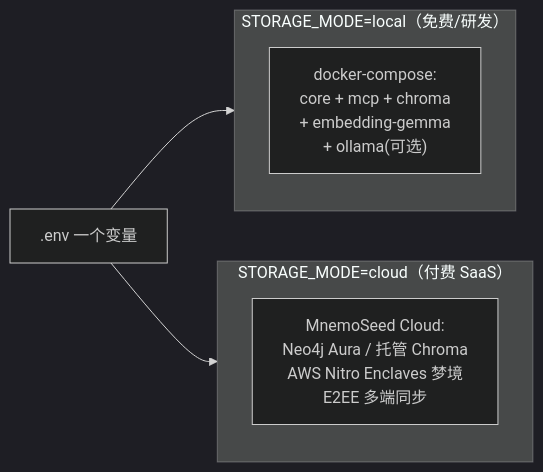
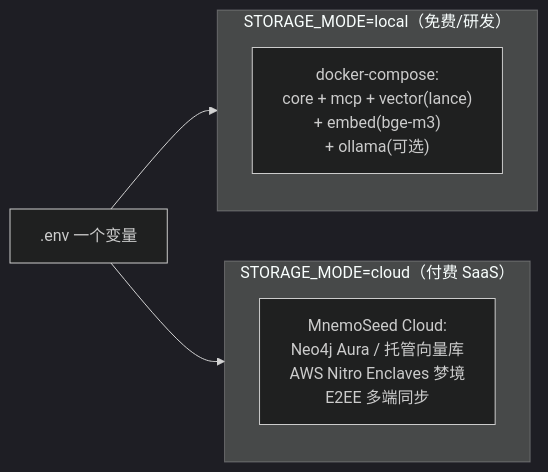
The second of 2 diagrams in docs/design/00-总览与设计哲学.md (MnemoSeed/mnemoseed), drawn with Mermaid (dark theme) before and after one commit. The commit also changed other lines of this file and 3 other files, not shown here.

Commit message:
docs: lock embedded default stack (LanceDB + bge-m3 ONNX + SQLite + uv)

````diff
--- a/docs/design/00-总览与设计哲学.md
+++ b/docs/design/00-总览与设计哲学.md
@@ -113,11 +113,11 @@
 ```mermaid
 flowchart LR
     subgraph Local["STORAGE_MODE=local（免费/研发）"]
-        L1["docker-compose:<br/>core + mcp + chroma<br/>+ embedding-gemma<br/>+ ollama(可选)"]
+        L1["docker-compose:<br/>core + mcp + vector(lance)<br/>+ embed(bge-m3)<br/>+ ollama(可选)"]
     end
     subgraph Cloud["STORAGE_MODE=cloud（付费 SaaS）"]
-        C1["MnemoSeed Cloud:<br/>Neo4j Aura / 托管 Chroma<br/>AWS Nitro Enclaves 梦境<br/>E2EE 多端同步"]
+        C1["MnemoSeed Cloud:<br/>Neo4j Aura / 托管向量库<br/>AWS Nitro Enclaves 梦境<br/>E2EE 多端同步"]
     end
     Env[".env 一个变量"] --> Local
     Env --> Cloud
 ```
````
